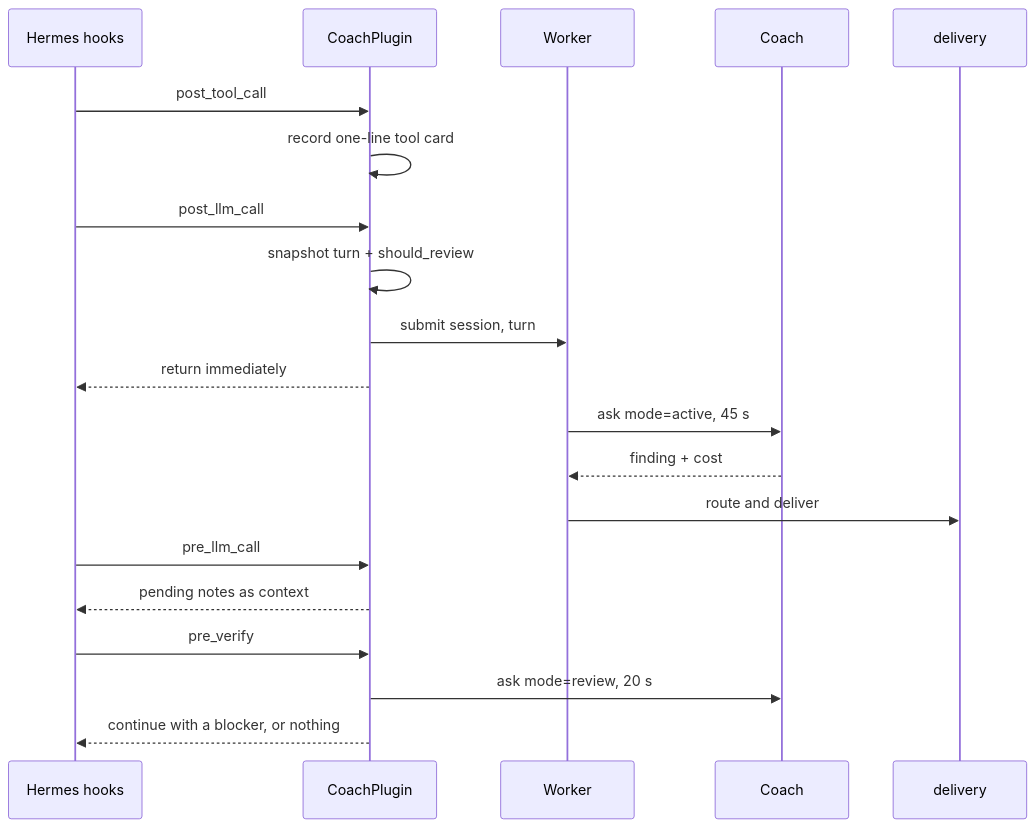
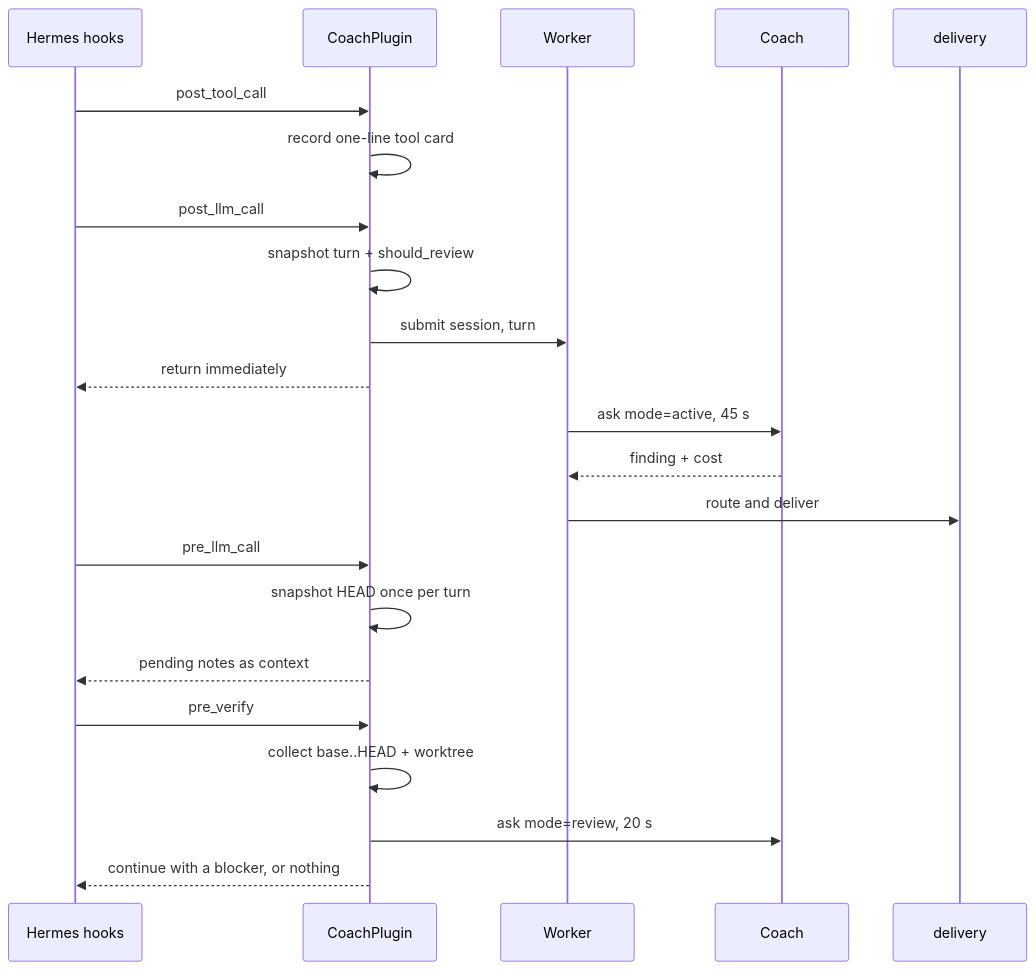
The second of 2 diagrams in docs/wiki/plugin-runtime.md (Printaga/Hermes-Coach), drawn with Mermaid before and after one commit. The commit also changed other lines of this file and 12 other files, not shown here.

````diff
--- a/docs/wiki/plugin-runtime.md
+++ b/docs/wiki/plugin-runtime.md
@@ -28,22 +31,24 @@
 ```mermaid
 sequenceDiagram
   participant H as Hermes hooks
   participant P as CoachPlugin
   participant W as Worker
   participant C as Coach
   participant D as delivery
   H->>P: post_tool_call
   P->>P: record one-line tool card
   H->>P: post_llm_call
   P->>P: snapshot turn + should_review
   P->>W: submit session, turn
   P-->>H: return immediately
   W->>C: ask mode=active, 45 s
   C-->>W: finding + cost
   W->>D: route and deliver
   H->>P: pre_llm_call
+  P->>P: snapshot HEAD once per turn
   P-->>H: pending notes as context
   H->>P: pre_verify
+  P->>P: collect base..HEAD + worktree
   P->>C: ask mode=review, 20 s
   P-->>H: continue with a blocker, or nothing
 ```
````
